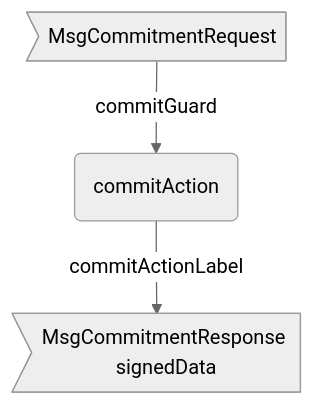
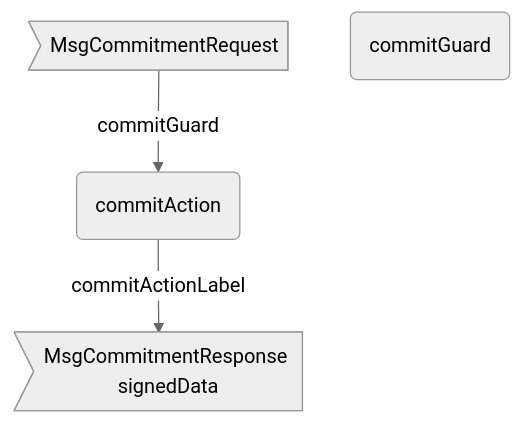
Before and after one commit to anoma/nspec: the diagram in docs/arch/node/engines/commitment_behaviour.juvix.md, drawn with Mermaid (neutral theme).

````diff
--- a/docs/arch/node/engines/commitment_behaviour.juvix.md
+++ b/docs/arch/node/engines/commitment_behaviour.juvix.md
@@ -320,8 +320,8 @@
 ```mermaid
 flowchart TD
   CM>MsgCommitmentRequest]
   A(commitAction)
   RE>MsgCommitmentResponse signedData]
-
+  G(commitGuard)
   CM --commitGuard--> A --commitActionLabel--> RE
 ```
````
